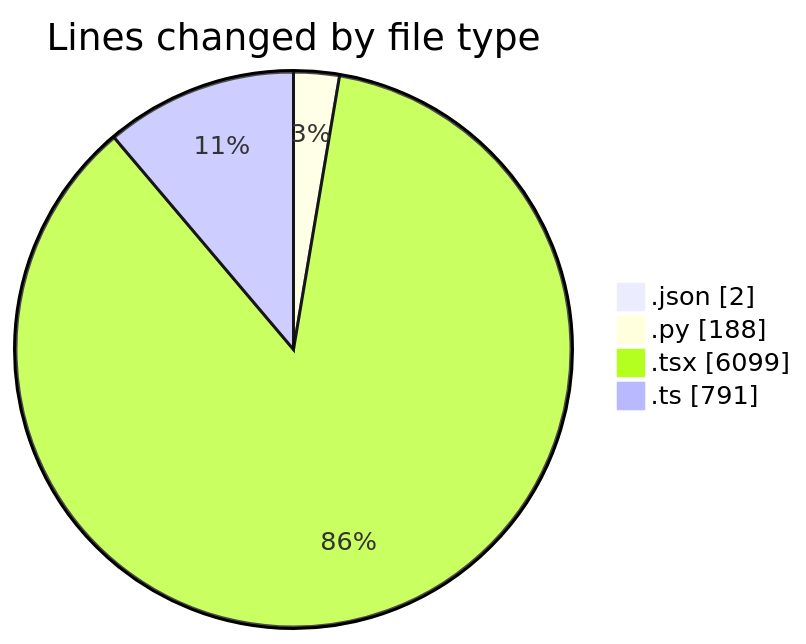
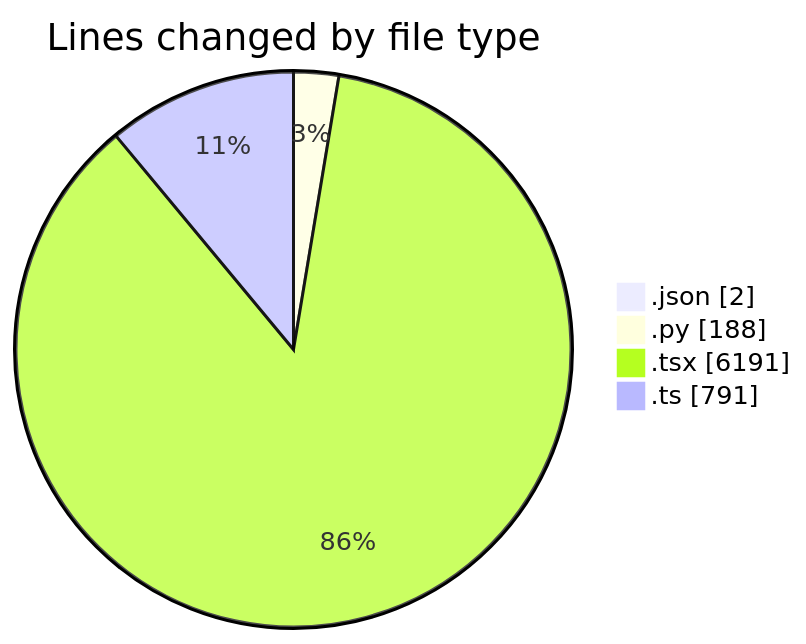
The first of 2 diagrams in 2025-10-06/eventscop-frontend-guide__workspace_/README.md (julien-gomy/code-tracking), drawn with Mermaid before and after one commit. The commit also changed other lines of this file and 1 other file, not shown here.

````diff
--- a/2025-10-06/eventscop-frontend-guide__workspace_/README.md
+++ b/2025-10-06/eventscop-frontend-guide__workspace_/README.md
@@ -57,8 +58,8 @@
 ```mermaid
 pie showData
 title Lines changed by file type
 ".json" : 2
 ".py" : 188
-".tsx" : 6099
+".tsx" : 6191
 ".ts" : 791
 ```
````
